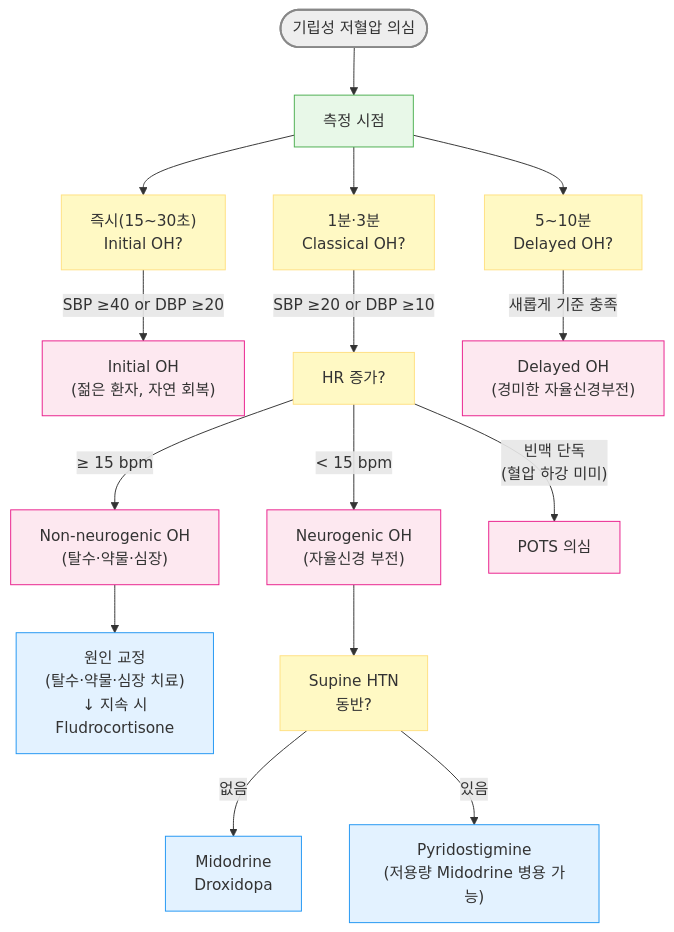
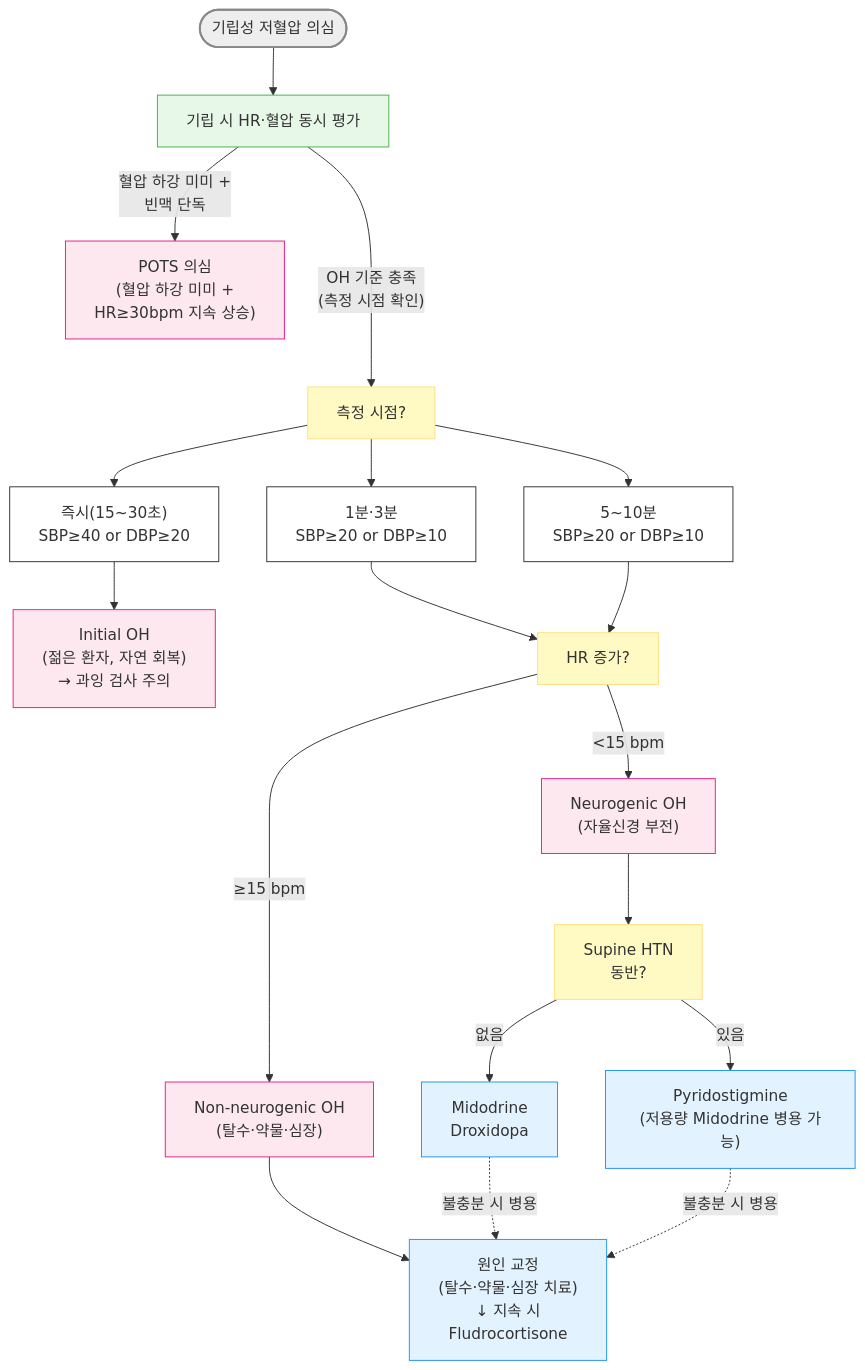
Before and after one commit to familyoh77/familyoh77: the diagram in 225_/096_-orthostatic-hypotension.md, drawn with Mermaid. The commit also changed other lines of this file, not shown here.

````diff
--- a/225_/096_-orthostatic-hypotension.md
+++ b/225_/096_-orthostatic-hypotension.md
@@ -130,41 +128,46 @@
 ```mermaid
 graph TD
 
     Start([기립성 저혈압 의심])
 style Start fill:#eeeeee,stroke:#888888,stroke-width:2px
-    T0["측정 시점"]
-style T0 fill:#e8f8e8,stroke:#4caf50
-    T1["즉시(15~30초)<br/>Initial OH?"]
-    T2["1분·3분<br/>Classical OH?"]
-    T3["5~10분<br/>Delayed OH?"]
-    InitOH["Initial OH<br/>(젊은 환자, 자연 회복)"]
+    HR0["기립 시 HR·혈압 동시 평가"]
+style HR0 fill:#e8f8e8,stroke:#4caf50
+    POTS["POTS 의심<br/>(혈압 하강 미미 +<br/>HR≥30bpm 지속 상승)"]
+    T0["측정 시점?"]
+    T1["즉시(15~30초)<br/>SBP≥40 or DBP≥20"]
+    T2["1분·3분<br/>SBP≥20 or DBP≥10"]
+    T3["5~10분<br/>SBP≥20 or DBP≥10"]
+    InitOH["Initial OH<br/>(젊은 환자, 자연 회복)<br/>→ 과잉 검사 주의"]
     HR["HR 증가?"]
-    DelayOH["Delayed OH<br/>(경미한 자율신경부전)"]
     NonNeuro["Non-neurogenic OH<br/>(탈수·약물·심장)"]
     Neuro["Neurogenic OH<br/>(자율신경 부전)"]
-    POTS["POTS 의심"]
 classDef pink fill:#fde8f0,stroke:#e91e8c
-class InitOH,DelayOH,Neuro,POTS,NonNeuro pink
+class InitOH,Neuro,POTS,NonNeuro pink
     NonTx["원인 교정<br/>(탈수·약물·심장 치료)<br/>↓ 지속 시<br/>Fludrocortisone"]
     SupineHTN["Supine HTN<br/>동반?"]
 classDef yellow fill:#fff9c4,stroke:#ffe082
-class T1,T2,T3,HR,SupineHTN yellow
+class T0,HR,SupineHTN yellow
+classDef white fill:#fff,stroke:#333
+class T1,T2,T3 white
     NTx1["Midodrine<br/>Droxidopa"]
     NTx2["Pyridostigmine<br/>(저용량 Midodrine 병용 가능)"]
 classDef sky fill:#e3f2ff,stroke:#2196f3
 class NTx1,NTx2,NonTx sky
-    Start --> T0
+    Start --> HR0
+    HR0 -- "혈압 하강 미미 +<br/>빈맥 단독" --> POTS
+    HR0 -- "OH 기준 충족<br/>(측정 시점 확인)" ---> T0
     T0 --> T1
     T0 --> T2
     T0 --> T3
-    T1 -- "SBP ≥40 or DBP ≥20" --> InitOH
-    T2 -- "SBP ≥20 or DBP ≥10" --> HR
-    T3 -- "새롭게 기준 충족" --> DelayOH
-    HR -- "≥ 15 bpm" --> NonNeuro
-    HR -- "< 15 bpm" --> Neuro
-    HR -- "빈맥 단독<br/>(혈압 하강 미미)" --> POTS
+    T1 --> InitOH
+    T2 --> HR
+    T3 --> HR
+    HR -- "≥15 bpm" --> NonNeuro
+    HR -- "<15 bpm" --> Neuro
     NonNeuro --> NonTx
     Neuro --> SupineHTN
     SupineHTN -- "없음" --> NTx1
     SupineHTN -- "있음" --> NTx2
+    NTx1 -. "불충분 시 병용" .-> NonTx
+    NTx2 -. "불충분 시 병용" .-> NonTx
 ```
````
